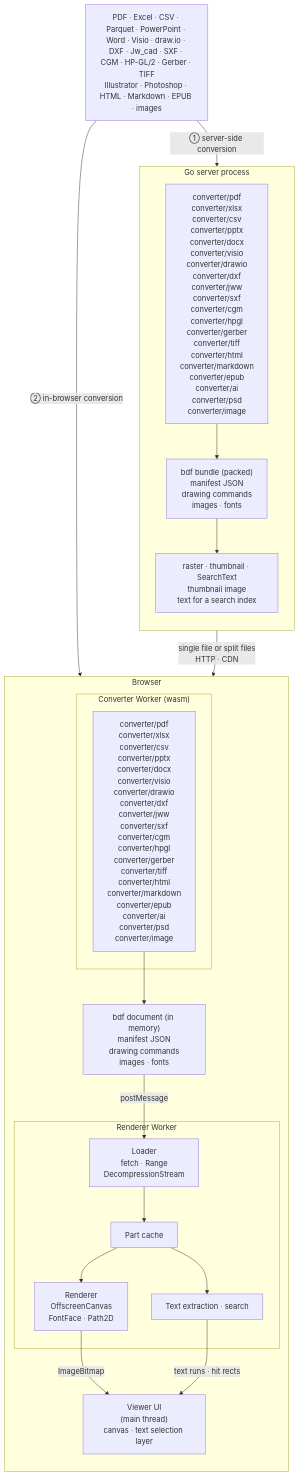
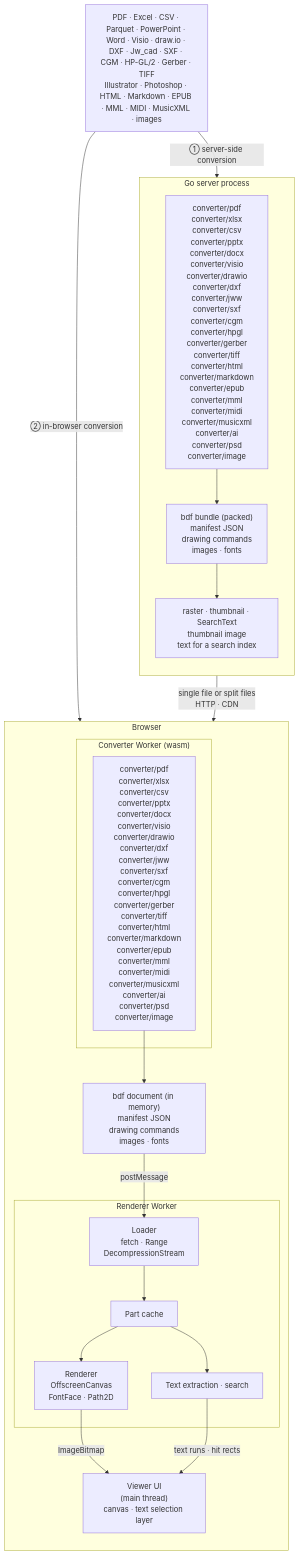
The diagram in README.md (shibukawa/bdf), drawn with Mermaid before and after one commit. The commit also changed other lines of this file and 97 other files, not shown here.

First line of the commit message:
Scores from MML, MIDI and MusicXML, engraved in staff notation and played in the viewer (#39)

````diff
--- a/README.md
+++ b/README.md
@@ -20,39 +20,39 @@
 ```mermaid
 flowchart TB
-    SRC["PDF · Excel · CSV · Parquet · PowerPoint · Word · Visio · draw.io · DXF · Jw_cad · SXF · CGM · HP-GL/2 · Gerber · TIFF<br/>Illustrator · Photoshop · HTML · Markdown · EPUB · images"]
+    SRC["PDF · Excel · CSV · Parquet · PowerPoint · Word · Visio · draw.io · DXF · Jw_cad · SXF · CGM · HP-GL/2 · Gerber · TIFF<br/>Illustrator · Photoshop · HTML · Markdown · EPUB · MML · MIDI · MusicXML · images"]
 
     subgraph SERVER["Go server process"]
         direction TB
-        SCONV["converter/pdf<br/>converter/xlsx<br/>converter/csv<br/>converter/pptx<br/>converter/docx<br/>converter/visio<br/>converter/drawio<br/>converter/dxf<br/>converter/jww<br/>converter/sxf<br/>converter/cgm<br/>converter/hpgl<br/>converter/gerber<br/>converter/tiff<br/>converter/html<br/>converter/markdown<br/>converter/epub<br/>converter/ai<br/>converter/psd<br/>converter/image"]
+        SCONV["converter/pdf<br/>converter/xlsx<br/>converter/csv<br/>converter/pptx<br/>converter/docx<br/>converter/visio<br/>converter/drawio<br/>converter/dxf<br/>converter/jww<br/>converter/sxf<br/>converter/cgm<br/>converter/hpgl<br/>converter/gerber<br/>converter/tiff<br/>converter/html<br/>converter/markdown<br/>converter/epub<br/>converter/mml<br/>converter/midi<br/>converter/musicxml<br/>converter/ai<br/>converter/psd<br/>converter/image"]
         BUNDLE["bdf bundle (packed)<br/>manifest JSON<br/>drawing commands<br/>images · fonts"]
         PREVIEW["raster · thumbnail · SearchText<br/>thumbnail image<br/>text for a search index"]
         SCONV --> BUNDLE
         BUNDLE --> PREVIEW
     end
 
     subgraph BROWSER["Browser"]
         direction TB
         subgraph CWORKER["Converter Worker (wasm)"]
-            WCONV["converter/pdf<br/>converter/xlsx<br/>converter/csv<br/>converter/pptx<br/>converter/docx<br/>converter/visio<br/>converter/drawio<br/>converter/dxf<br/>converter/jww<br/>converter/sxf<br/>converter/cgm<br/>converter/hpgl<br/>converter/gerber<br/>converter/tiff<br/>converter/html<br/>converter/markdown<br/>converter/epub<br/>converter/ai<br/>converter/psd<br/>converter/image"]
+            WCONV["converter/pdf<br/>converter/xlsx<br/>converter/csv<br/>converter/pptx<br/>converter/docx<br/>converter/visio<br/>converter/drawio<br/>converter/dxf<br/>converter/jww<br/>converter/sxf<br/>converter/cgm<br/>converter/hpgl<br/>converter/gerber<br/>converter/tiff<br/>converter/html<br/>converter/markdown<br/>converter/epub<br/>converter/mml<br/>converter/midi<br/>converter/musicxml<br/>converter/ai<br/>converter/psd<br/>converter/image"]
         end
         PARTS["bdf document (in memory)<br/>manifest JSON<br/>drawing commands<br/>images · fonts"]
         subgraph RWORKER["Renderer Worker"]
             LOADER["Loader<br/>fetch · Range<br/>DecompressionStream"]
             STORE["Part cache"]
             RENDER["Renderer<br/>OffscreenCanvas<br/>FontFace · Path2D"]
             TEXT["Text extraction · search"]
             LOADER --> STORE
             STORE --> RENDER
             STORE --> TEXT
         end
         UI["Viewer UI<br/>(main thread)<br/>canvas · text selection layer"]
         WCONV --> PARTS
     end
 
     SRC -- "① server-side conversion" --> SCONV
     SRC -- "② in-browser conversion" --> WCONV
     BUNDLE -- "single file or split files<br/>HTTP · CDN" --> LOADER
     PARTS -- "postMessage" --> LOADER
     RENDER -- "ImageBitmap" --> UI
     TEXT -- "text runs · hit rects" --> UI
 ```
````
